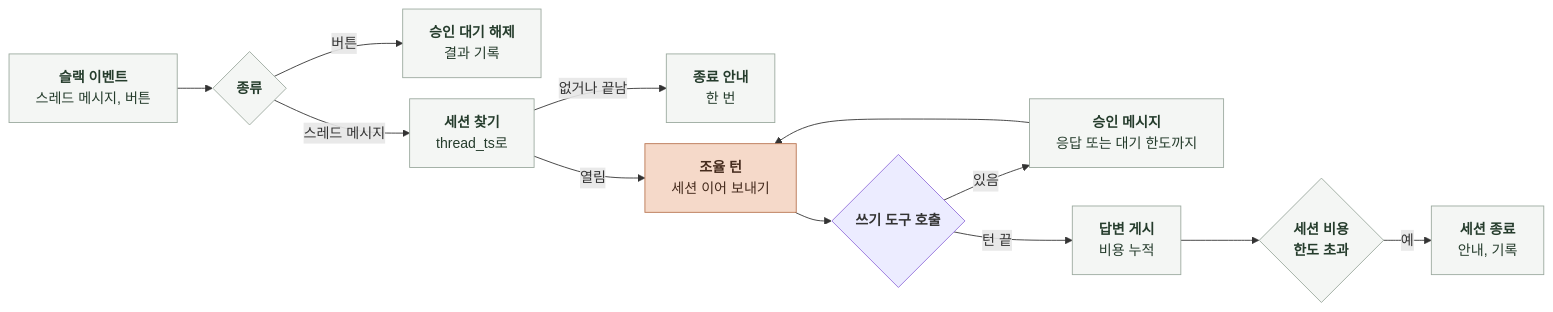
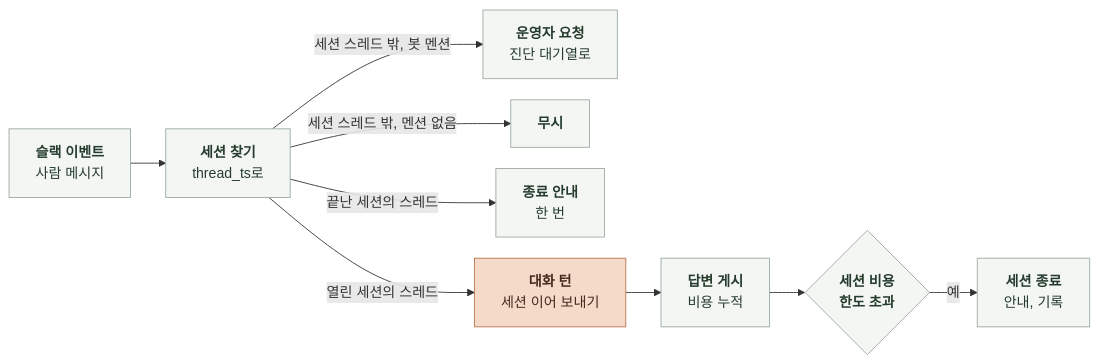
Before and after one commit to KIM-N-KANG/knk-harness: the second of 2 diagrams in docs/domain/OBSERVABILITY/AI/6-2-SOFTWARE-IMPLEMENTATION.md, drawn with Mermaid. The commit also changed other lines of this file and 18 other files, not shown here.

````diff
--- a/docs/domain/OBSERVABILITY/AI/6-2-SOFTWARE-IMPLEMENTATION.md
+++ b/docs/domain/OBSERVABILITY/AI/6-2-SOFTWARE-IMPLEMENTATION.md
@@ -134,28 +125,24 @@
 ```mermaid
 %%{init: {"flowchart": {"curve": "basis", "nodeSpacing": 24, "rankSpacing": 40}}}%%
 flowchart LR
     E["`**슬랙 이벤트**
-스레드 메시지, 버튼`"] --> B{"`**종류**`"}
-    B -->|"`버튼`"| AP["`**승인 대기 해제**
-결과 기록`"]
-    B -->|"`스레드 메시지`"| F["`**세션 찾기**
+사람 메시지`"] --> F["`**세션 찾기**
 thread_ts로`"]
-    F -->|"`없거나 끝남`"| NO["`**종료 안내**
+    F -->|"`세션 스레드 밖, 봇 멘션`"| MR["`**운영자 요청**
+진단 대기열로`"]
+    F -->|"`세션 스레드 밖, 멘션 없음`"| IG["`**무시**`"]
+    F -->|"`끝난 세션의 스레드`"| NO["`**종료 안내**
 한 번`"]
-    F -->|"`열림`"| T["`**조율 턴**
+    F -->|"`열린 세션의 스레드`"| T["`**대화 턴**
 세션 이어 보내기`"]
-    T --> H{"`**쓰기 도구 호출**`"}
-    H -->|"`있음`"| RQ["`**승인 메시지**
-응답 또는 대기 한도까지`"]
-    RQ --> T
-    H -->|"`턴 끝`"| PO["`**답변 게시**
+    T --> PO["`**답변 게시**
 비용 누적`"]
     PO --> BU{"`**세션 비용
 한도 초과**`"}
     BU -->|"`예`"| CL["`**세션 종료**
 안내, 기록`"]
     classDef model fill:#F5D9C9,stroke:#B97450,color:#452B1D
     classDef code fill:#F4F6F4,stroke:#9BA99E,color:#253C2C
     class T model
-    class E,B,AP,F,NO,RQ,PO,BU,CL code
+    class E,F,MR,IG,NO,PO,BU,CL code
 ```
````
